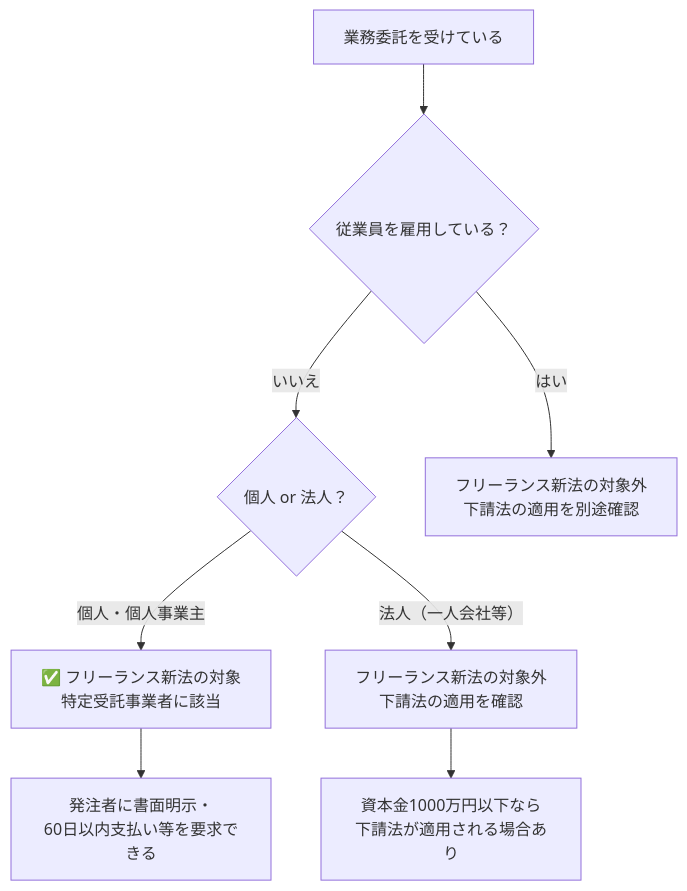
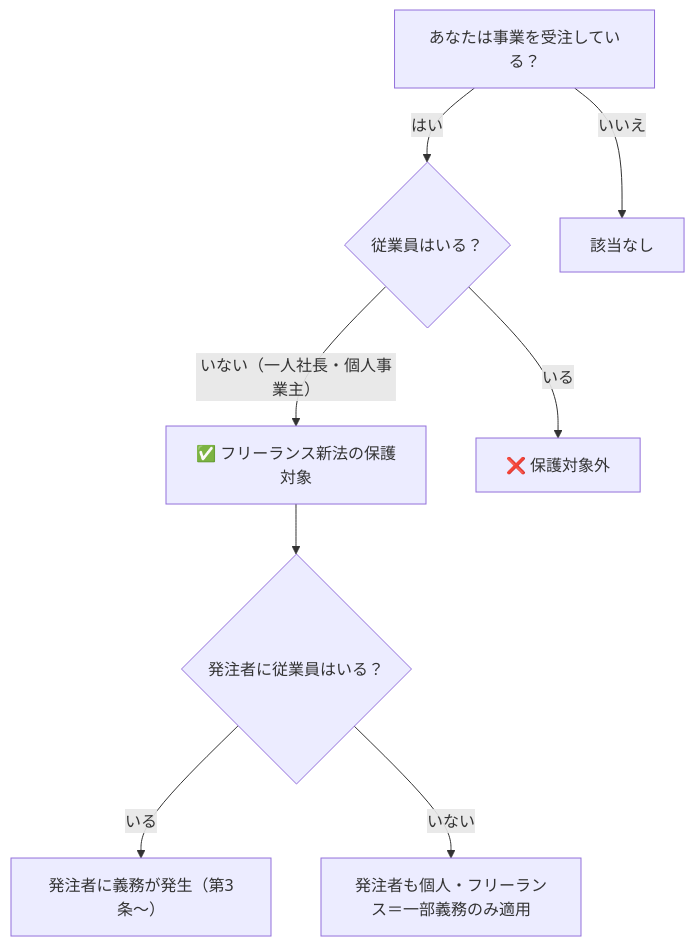
Before and after one commit to tukki-koh/freelance-articles: the diagram in 19_個人事業主とフリーランスの違い｜フリーランス新法の適用はどちらか.md, drawn with Mermaid. The commit also changed other lines of this file, not shown here.

````diff
--- a/19_個人事業主とフリーランスの違い｜フリーランス新法の適用はどちらか.md
+++ b/19_個人事業主とフリーランスの違い｜フリーランス新法の適用はどちらか.md
@@ -69,10 +71,10 @@
 ```mermaid
 flowchart TD
-    A[業務委託を受けている] --> B{従業員を雇用している？}
-    B -->|いいえ| C{個人 or 法人？}
-    B -->|はい| D[フリーランス新法の対象外\n下請法の適用を別途確認]
-    C -->|個人・個人事業主| E[✅ フリーランス新法の対象\n特定受託事業者に該当]
-    C -->|法人（一人会社等）| F[フリーランス新法の対象外\n下請法の適用を確認]
-    E --> G[発注者に書面明示・\n60日以内支払い等を要求できる]
-    F --> H[資本金1000万円以下なら\n下請法が適用される場合あり]
+    A[あなたは事業を受注している？] -->|はい| B{従業員はいる？}
+    B -->|いない（一人社長・個人事業主）| C[✅ フリーランス新法の保護対象]
+    B -->|いる| D[❌ 保護対象外]
+    A -->|いいえ| E[該当なし]
+    C --> F{発注者に従業員はいる？}
+    F -->|いる| G[発注者に義務が発生（第3条〜）]
+    F -->|いない| H[発注者も個人・フリーランス＝一部義務のみ適用]
 ```
````
